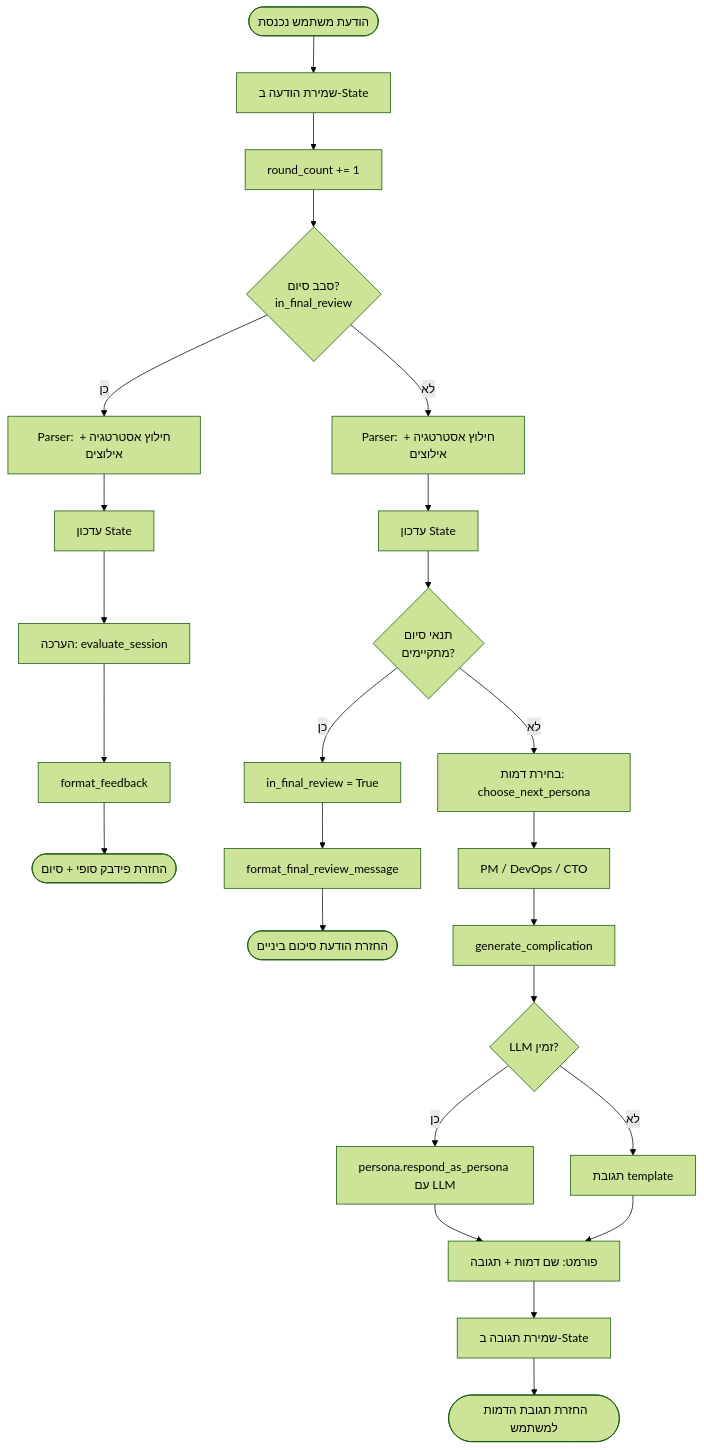
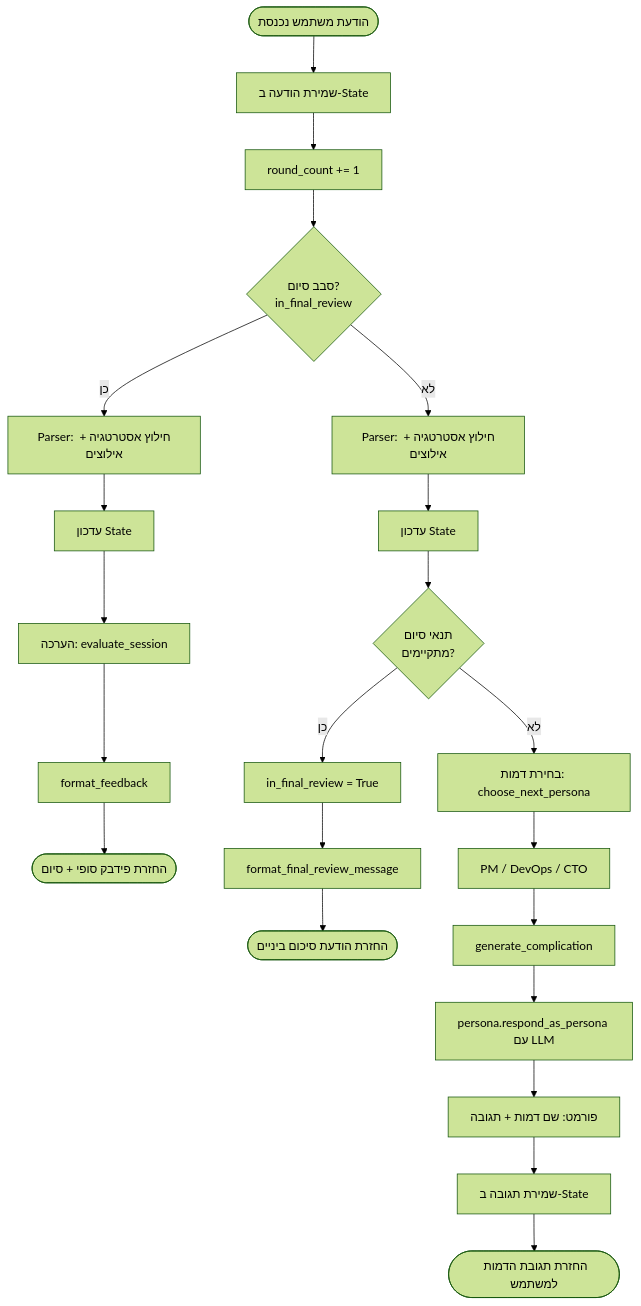
Before and after one commit to Sara-Ayash/CloudMigrationSimulationAgent: the first of 9 diagrams in docs/FLOW_DIAGRAM.md, drawn with Mermaid (forest theme). The commit also changed other lines of this file and 2 other files, not shown here.

Commit message:
Update README and documentation to reflect GUI-only operation, enhance usage examples, and clarify API key requirements. Improve flow diagrams to illustrate simulation processes and evaluation feedback animations.

````diff
--- a/docs/FLOW_DIAGRAM.md
+++ b/docs/FLOW_DIAGRAM.md
@@ -7,27 +7,24 @@
 ```mermaid
 flowchart TD
     START([הודעת משתמש נכנסת]) --> A[שמירת הודעה ב-State]
     A --> B[round_count += 1]
     B --> C{סבב סיום?<br/>in_final_review}
     C -->|כן| D[Parser: חילוץ אסטרטגיה + אילוצים]
     D --> E[עדכון State]
     E --> F[הערכה: evaluate_session]
     F --> G[format_feedback]
     G --> END1([החזרת פידבק סופי + סיום])
     C -->|לא| H[Parser: חילוץ אסטרטגיה + אילוצים]
     H --> I[עדכון State]
     I --> J{תנאי סיום<br/>מתקיימים?}
     J -->|כן| K[in_final_review = True]
     K --> L[format_final_review_message]
     L --> END2([החזרת הודעת סיכום ביניים])
     J -->|לא| M[בחירת דמות: choose_next_persona]
     M --> N[PM / DevOps / CTO]
     N --> O[generate_complication]
-    O --> P{LLM זמין?}
-    P -->|כן| Q[persona.respond_as_persona עם LLM]
-    P -->|לא| R[תגובת template]
+    O --> Q[persona.respond_as_persona עם LLM]
     Q --> S[פורמט: שם דמות + תגובה]
-    R --> S
     S --> T[שמירת תגובה ב-State]
     T --> END3([החזרת תגובת הדמות למשתמש])
 ```
````
